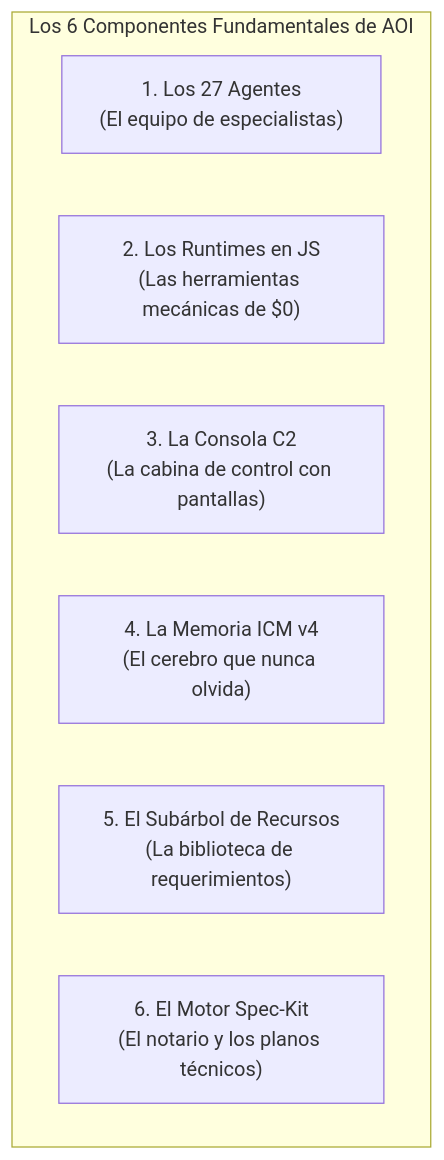
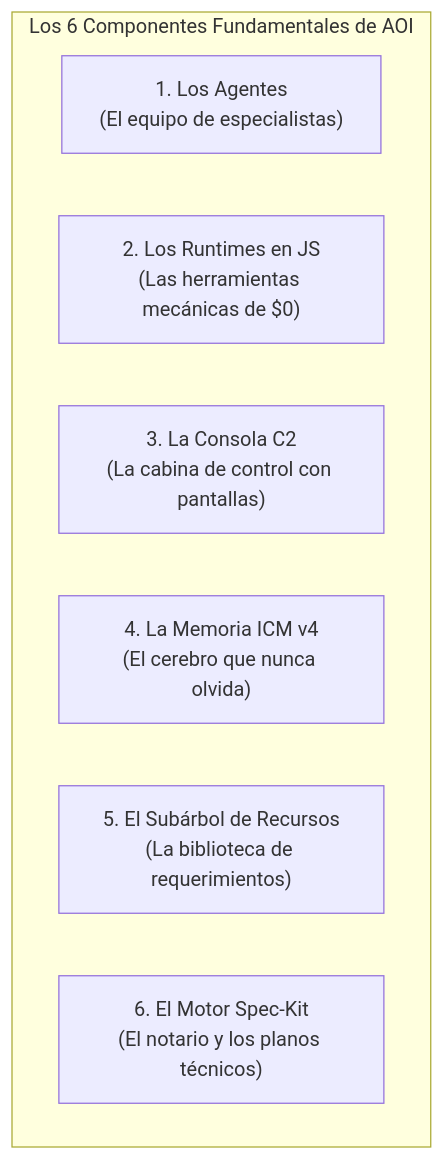
Before and after one commit to Manu-Arrieta/AOI: the first of 2 diagrams in wiki/02-Componentes-del-Sistema.md, drawn with Mermaid. The commit also changed other lines of this file and 20 other files, not shown here.

````diff
--- a/wiki/02-Componentes-del-Sistema.md
+++ b/wiki/02-Componentes-del-Sistema.md
@@ -11,11 +11,11 @@
 ```mermaid
 graph TD
     subgraph Los6Pilares["Los 6 Componentes Fundamentales de AOI"]
-        P1["1. Los 27 Agentes<br>(El equipo de especialistas)"]
+        P1["1. Los Agentes<br>(El equipo de especialistas)"]
         P2["2. Los Runtimes en JS<br>(Las herramientas mecánicas de $0)"]
         P3["3. La Consola C2<br>(La cabina de control con pantallas)"]
         P4["4. La Memoria ICM v4<br>(El cerebro que nunca olvida)"]
         P5["5. El Subárbol de Recursos<br>(La biblioteca de requerimientos)"]
         P6["6. El Motor Spec-Kit<br>(El notario y los planos técnicos)"]
     end
 ```
````
